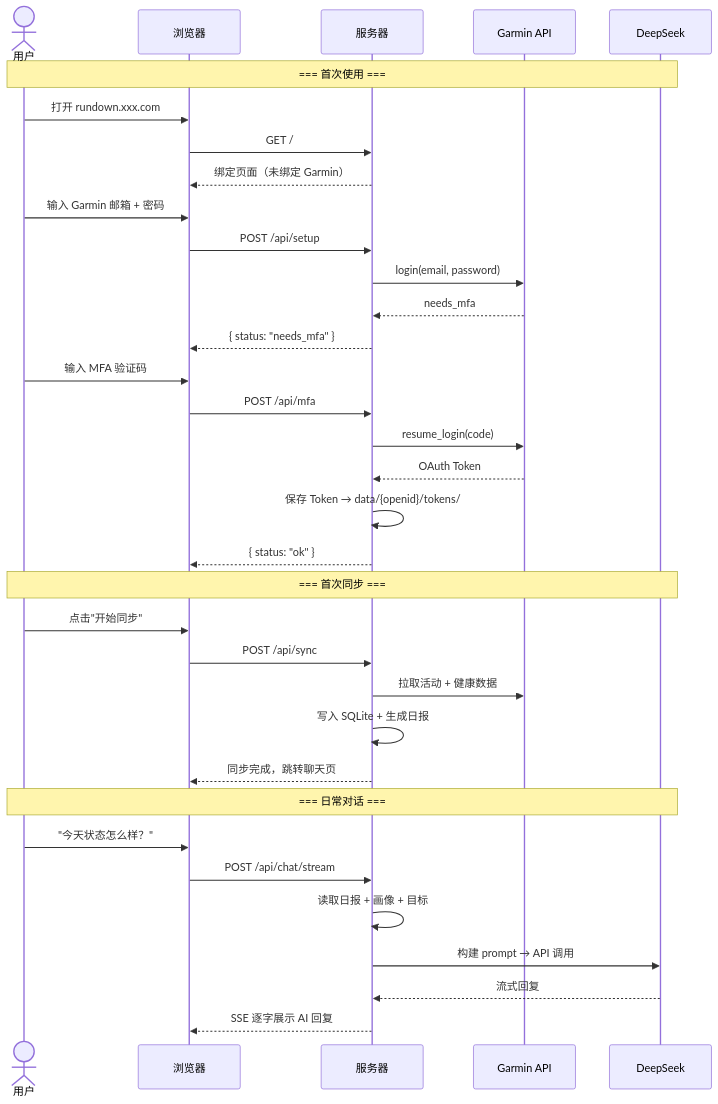
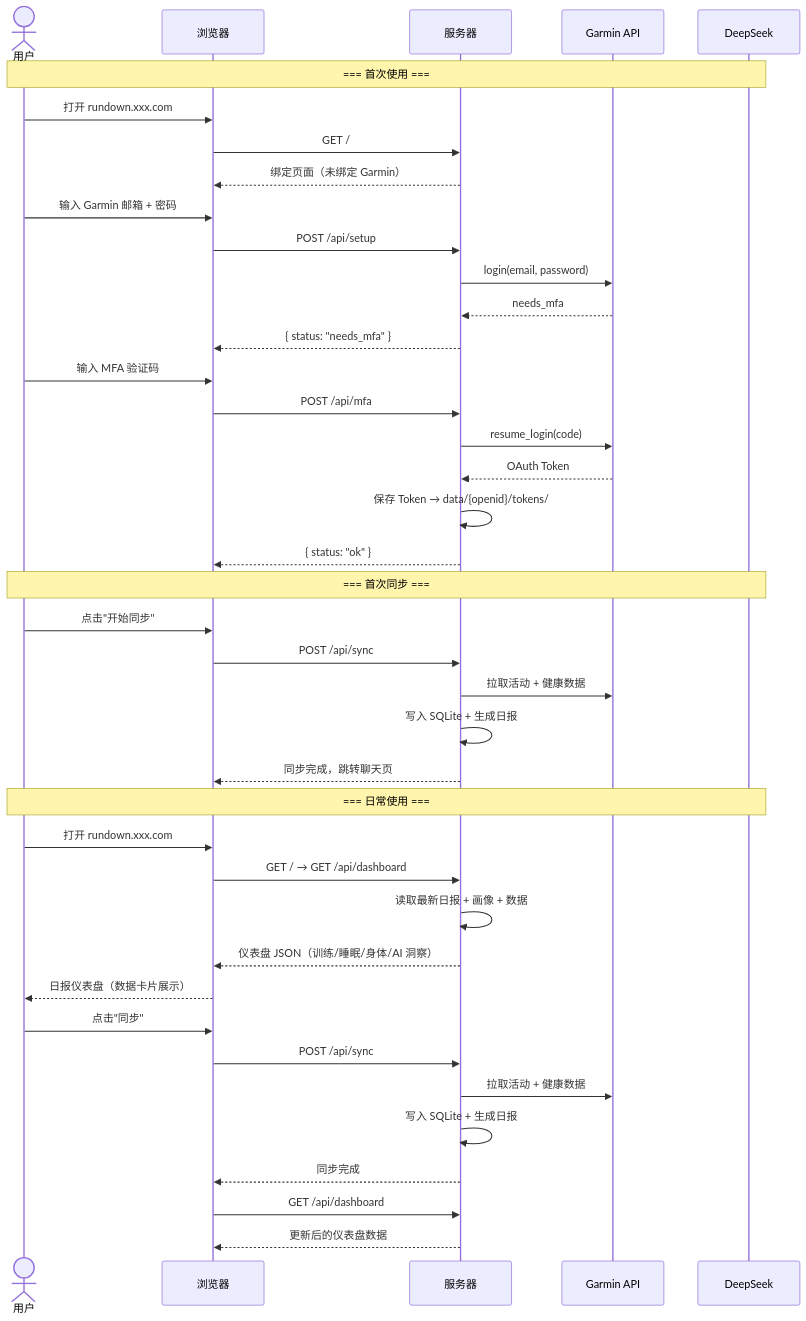
Before and after one commit to qd1993102/rundown: the second of 2 diagrams in docs/design/13-sae-deployment.md, drawn with Mermaid. The commit also changed other lines of this file and 20 other files, not shown here.

````diff
--- a/docs/design/13-sae-deployment.md
+++ b/docs/design/13-sae-deployment.md
@@ -55,44 +55,51 @@
 ```mermaid
 sequenceDiagram
     actor User as 用户
     participant Web as 浏览器
     participant VPS as 服务器
     participant Garmin as Garmin API
     participant DS as DeepSeek
 
     Note over User,DS: === 首次使用 ===
 
     User->>Web: 打开 rundown.xxx.com
     Web->>VPS: GET /
     VPS-->>Web: 绑定页面（未绑定 Garmin）
 
     User->>Web: 输入 Garmin 邮箱 + 密码
     Web->>VPS: POST /api/setup
     VPS->>Garmin: login(email, password)
     Garmin-->>VPS: needs_mfa
     VPS-->>Web: { status: "needs_mfa" }
 
     User->>Web: 输入 MFA 验证码
     Web->>VPS: POST /api/mfa
     VPS->>Garmin: resume_login(code)
     Garmin-->>VPS: OAuth Token
     VPS->>VPS: 保存 Token → data/{openid}/tokens/
     VPS-->>Web: { status: "ok" }
 
     Note over User,DS: === 首次同步 ===
 
     User->>Web: 点击"开始同步"
     Web->>VPS: POST /api/sync
     VPS->>Garmin: 拉取活动 + 健康数据
     VPS->>VPS: 写入 SQLite + 生成日报
     VPS-->>Web: 同步完成，跳转聊天页
 
-    Note over User,DS: === 日常对话 ===
+    Note over User,DS: === 日常使用 ===
 
-    User->>Web: "今天状态怎么样？"
-    Web->>VPS: POST /api/chat/stream
-    VPS->>VPS: 读取日报 + 画像 + 目标
-    VPS->>DS: 构建 prompt → API 调用
-    DS-->>VPS: 流式回复
-    VPS-->>Web: SSE 逐字展示 AI 回复
+    User->>Web: 打开 rundown.xxx.com
+    Web->>VPS: GET / → GET /api/dashboard
+    VPS->>VPS: 读取最新日报 + 画像 + 数据
+    VPS-->>Web: 仪表盘 JSON（训练/睡眠/身体/AI 洞察）
+    Web-->>User: 日报仪表盘（数据卡片展示）
+
+    User->>Web: 点击"同步"
+    Web->>VPS: POST /api/sync
+    VPS->>Garmin: 拉取活动 + 健康数据
+    VPS->>VPS: 写入 SQLite + 生成日报
+    VPS-->>Web: 同步完成
+    Web->>VPS: GET /api/dashboard
+    VPS-->>Web: 更新后的仪表盘数据
 ```
````
